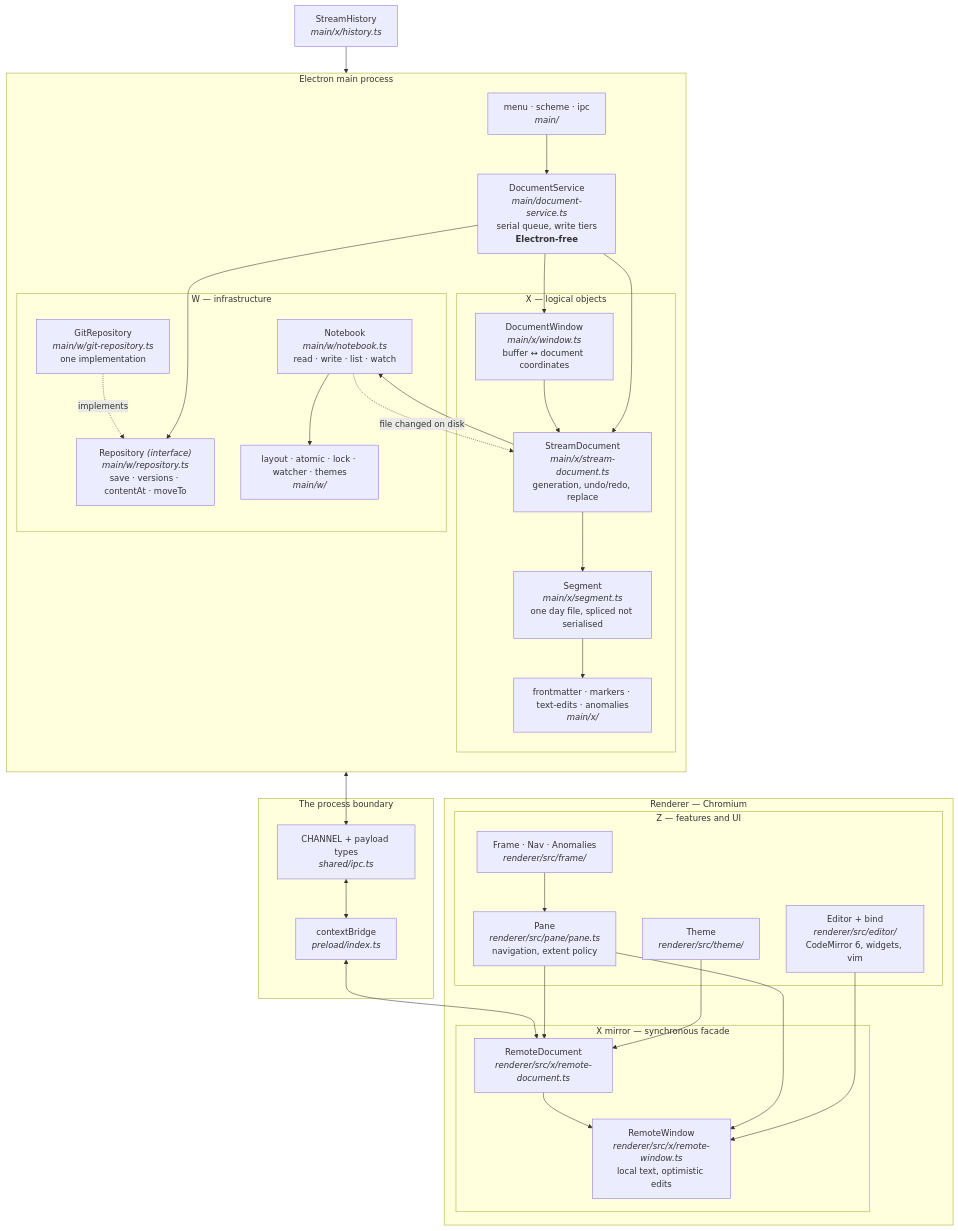
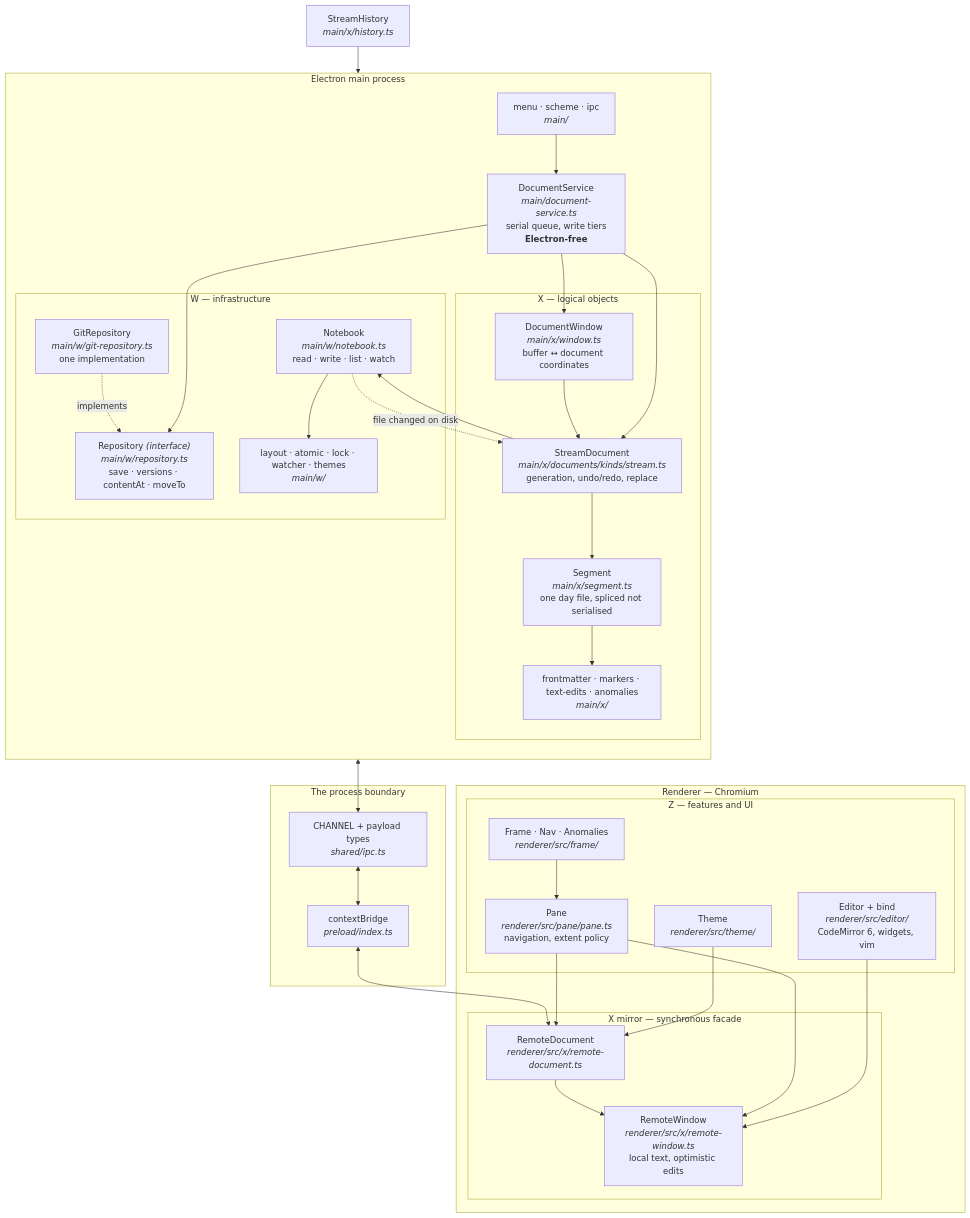
Before and after one commit to yonatanzunger/tephra: the diagram in .clarity-protocol/solution/architecture-as-built.md, drawn with Mermaid. The commit also changed 24 other files, not shown here.

````diff
--- a/.clarity-protocol/solution/architecture-as-built.md
+++ b/.clarity-protocol/solution/architecture-as-built.md
@@ -14,60 +14,60 @@
 ```mermaid
 flowchart TB
   subgraph MAIN["Electron main process"]
     direction TB
     subgraph X["X — logical objects"]
-      SD["StreamDocument<br/><i>main/x/stream-document.ts</i><br/>generation, undo/redo, replace"]
+      SD["StreamDocument<br/><i>main/x/documents/kinds/stream.ts</i><br/>generation, undo/redo, replace"]
       DW["DocumentWindow<br/><i>main/x/window.ts</i><br/>buffer ↔ document coordinates"]
       SEG["Segment<br/><i>main/x/segment.ts</i><br/>one day file, spliced not serialised"]
       PARSE["frontmatter · markers · text-edits · anomalies<br/><i>main/x/</i>"]
     end
     subgraph W["W — infrastructure"]
       NB["Notebook<br/><i>main/w/notebook.ts</i><br/>read · write · list · watch"]
       REPO["Repository <i>(interface)</i><br/><i>main/w/repository.ts</i><br/>save · versions · contentAt · moveTo"]
       GIT["GitRepository<br/><i>main/w/git-repository.ts</i><br/>one implementation"]
       WBITS["layout · atomic · lock · watcher · themes<br/><i>main/w/</i>"]
     end
     SVC["DocumentService<br/><i>main/document-service.ts</i><br/>serial queue, write tiers<br/><b>Electron-free</b>"]
     MENU["menu · scheme · ipc<br/><i>main/</i>"]
   end
 
   subgraph BRIDGE["The process boundary"]
     CH["CHANNEL + payload types<br/><i>shared/ipc.ts</i>"]
     PRE["contextBridge<br/><i>preload/index.ts</i>"]
   end
 
   subgraph REND["Renderer — Chromium"]
     subgraph XR["X mirror — synchronous facade"]
       RD["RemoteDocument<br/><i>renderer/src/x/remote-document.ts</i>"]
       RW["RemoteWindow<br/><i>renderer/src/x/remote-window.ts</i><br/>local text, optimistic edits"]
     end
     subgraph Z["Z — features and UI"]
       PANE["Pane<br/><i>renderer/src/pane/pane.ts</i><br/>navigation, extent policy"]
       ED["Editor + bind<br/><i>renderer/src/editor/</i><br/>CodeMirror 6, widgets, vim"]
       FR["Frame · Nav · Anomalies<br/><i>renderer/src/frame/</i>"]
       TH["Theme<br/><i>renderer/src/theme/</i>"]
     end
   end
 
   SD --> SEG
   DW --> SD
   SEG --> PARSE
   SD --> NB
   GIT -.implements.-> REPO
   HIST["StreamHistory<br/><i>main/x/history.ts</i>"] --> REPO
   SVC --> REPO
   NB --> WBITS
   SVC --> SD
   SVC --> DW
   MENU --> SVC
   SVC <--> CH
   CH <--> PRE
   PRE <--> RD
   RD --> RW
   PANE --> RD
   PANE --> RW
   ED --> RW
   FR --> PANE
   TH --> RD
   NB -. "file changed on disk" .-> SD
 ```
````
